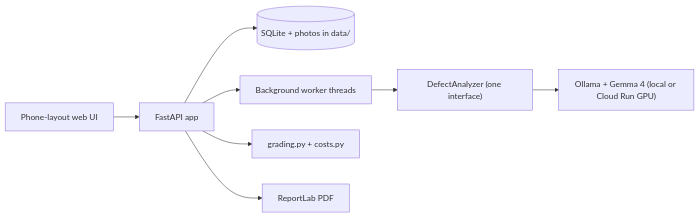
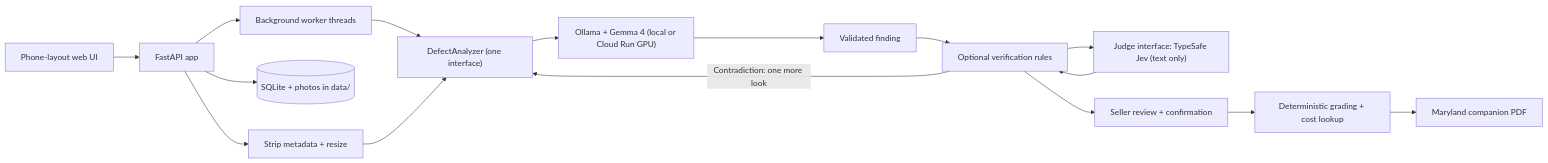
One commit to ben-robles/disclosure changed the diagram in README.md. Above: the diagram before and after it, drawn with Mermaid. The commit also changed other lines of this file, not shown here.

Commit message:
docs: explain Gemma 4 and TypeSafe verification

````diff
--- a/README.md
+++ b/README.md
@@ -115,10 +187,18 @@
 ```mermaid
 flowchart LR
   Browser["Phone-layout web UI"] --> API["FastAPI app"]
+  API --> IMG["Strip metadata + resize"]
   API --> DB[("SQLite + photos in data/")]
   API --> Q["Background worker threads"]
   Q --> DA["DefectAnalyzer (one interface)"]
   DA --> OL["Ollama + Gemma 4 (local or Cloud Run GPU)"]
-  API --> G["grading.py + costs.py"]
-  API --> PDF["ReportLab PDF"]
+  OL --> F["Validated finding"]
+  F --> V["Optional verification rules"]
+  V --> J["Judge interface: TypeSafe Jev (text only)"]
+  J --> V
+  V -->|"Contradiction: one more look"| DA
+  V --> R["Seller review + confirmation"]
+  R --> G["Deterministic grading + cost lookup"]
+  G --> PDF["Maryland companion PDF"]
+  IMG --> DA
 ```
````
